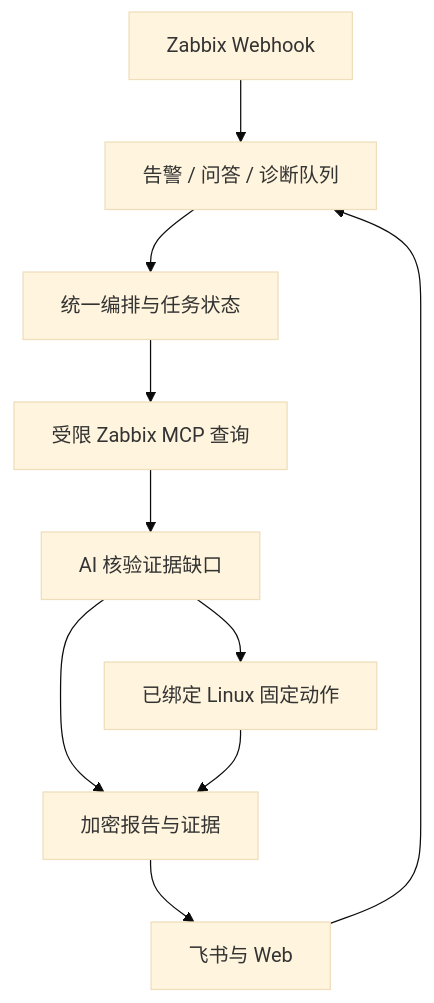
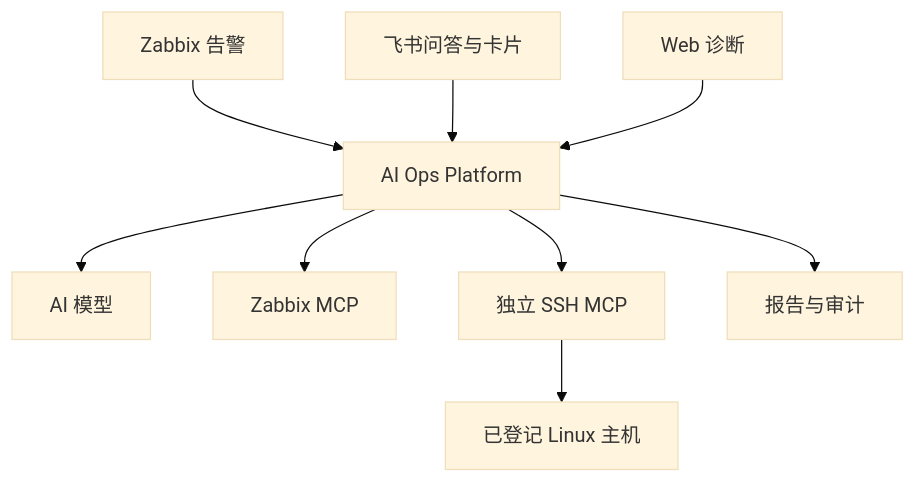
Before and after one commit to beijing10000-boop/ai-ops-platform: the diagram in docs/ARCHITECTURE.md, drawn with Mermaid (base theme). The commit also changed other lines of this file and 67 other files, not shown here.

Commit message:
refactor: replace local SSH backend with external MCP and validated Web forms

````diff
--- a/docs/ARCHITECTURE.md
+++ b/docs/ARCHITECTURE.md
@@ -18,12 +5,11 @@
 ```mermaid
 flowchart TD
-  W["Zabbix Webhook"] --> Q["告警 / 问答 / 诊断队列"]
-  F["飞书与 Web"] --> Q
-  Q --> O["统一编排与任务状态"]
-  O --> Z["受限 Zabbix MCP 查询"]
-  Z --> M["AI 核验证据缺口"]
-  M --> L["已绑定 Linux 固定动作"]
-  M --> R["加密报告与证据"]
-  L --> R
-  R --> F
+    A[Zabbix 告警] --> P[AI Ops Platform]
+    F[飞书问答与卡片] --> P
+    W[Web 诊断] --> P
+    P --> M[AI 模型]
+    P --> Z[Zabbix MCP]
+    P --> S[独立 SSH MCP]
+    S --> L[已登记 Linux 主机]
+    P --> R[报告与审计]
 ```
````
